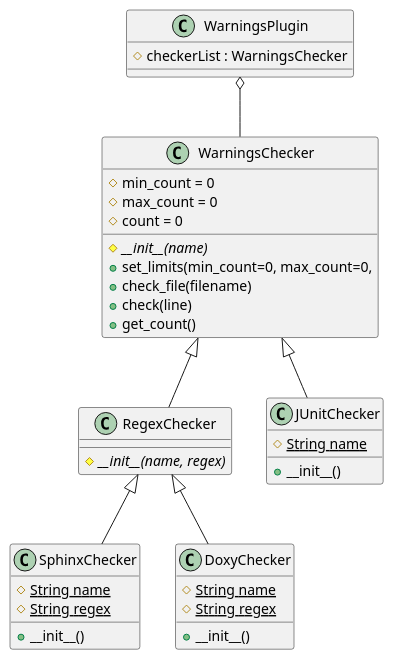
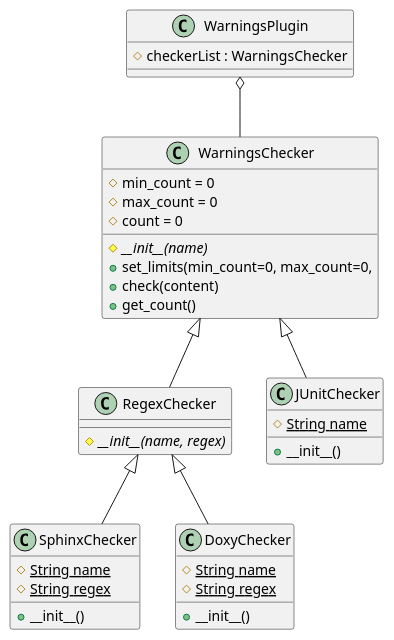
The diagram in docs/design.rst (melexis/warnings-plugin), drawn with PlantUML before and after one commit. The commit also changed 4 other files, not shown here.

```diff
--- a/docs/design.rst
+++ b/docs/design.rst
@@ -13,47 +13,46 @@
 .. uml::
 
     @startuml
     class WarningsPlugin {
         #checkerList : WarningsChecker
     }
 
     class WarningsChecker {
         #min_count = 0
         #max_count = 0
         #count = 0
 
         #{abstract} __init__(name)
         +set_limits(min_count=0, max_count=0,
-        +check_file(filename)
-        +check(line)
+        +check(content)
         +get_count()
     }
 
     class RegexChecker {
         #{abstract} __init__(name, regex)
     }
 
     class SphinxChecker {
         #{static} String name
         #{static} String regex
         +__init__()
     }
 
     class DoxyChecker {
         #{static} String name
         #{static} String regex
         +__init__()
     }
 
     class JUnitChecker {
         #{static} String name
         +__init__()
     }
 
     WarningsPlugin o-- WarningsChecker
     WarningsChecker <|-- RegexChecker
     RegexChecker <|-- SphinxChecker
     RegexChecker <|-- DoxyChecker
     WarningsChecker <|-- JUnitChecker
 
     @enduml
```
